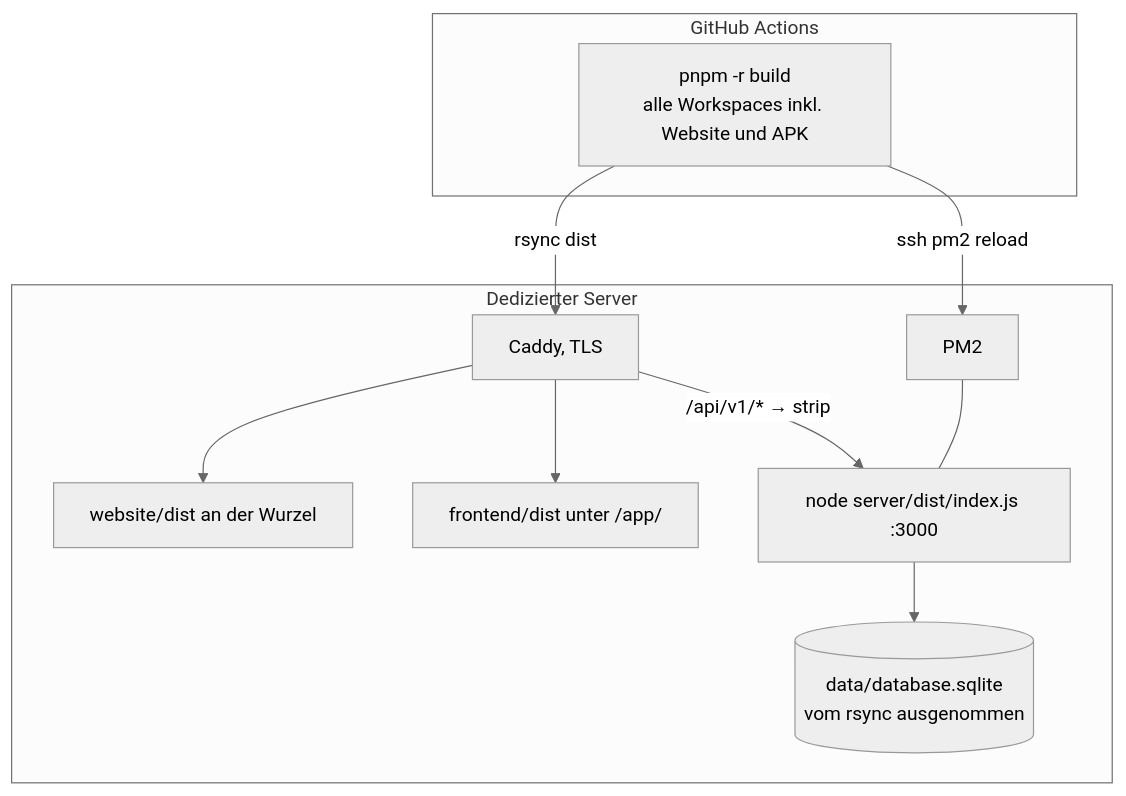
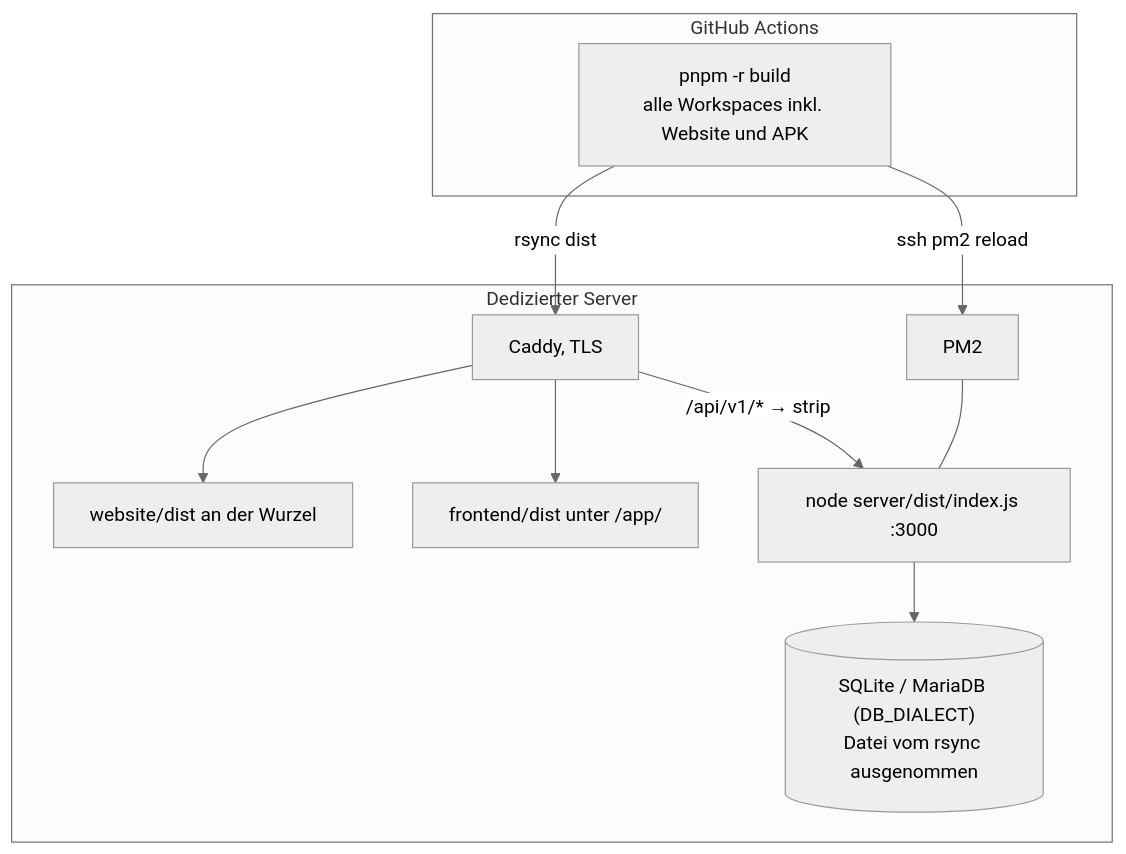
The fifth of 5 diagrams in docs/arc42.md (deleonio/priority-pilot), drawn with Mermaid (neutral theme) before and after one commit. The commit also changed other lines of this file, not shown here.

````diff
--- a/docs/arc42.md
+++ b/docs/arc42.md
@@ -362,15 +368,15 @@
 ```mermaid
 graph TD
     subgraph GHA["GitHub Actions"]
         Build["pnpm -r build<br/>alle Workspaces inkl. Website und APK"]
     end
     subgraph Host["Dedizierter Server"]
         Caddy[Caddy, TLS] --> Web["website/dist an der Wurzel"]
         Caddy --> SPA["frontend/dist unter /app/"]
         Caddy -->|"/api/v1/* → strip"| Node["node server/dist/index.js :3000"]
-        Node --> SQLite[("data/database.sqlite<br/>vom rsync ausgenommen")]
+        Node --> DB[("SQLite / MariaDB (DB_DIALECT)<br/>Datei vom rsync ausgenommen")]
         PM2[PM2] --- Node
     end
     Build -->|rsync dist| Caddy
     Build -->|ssh pm2 reload| PM2
 ```
````
